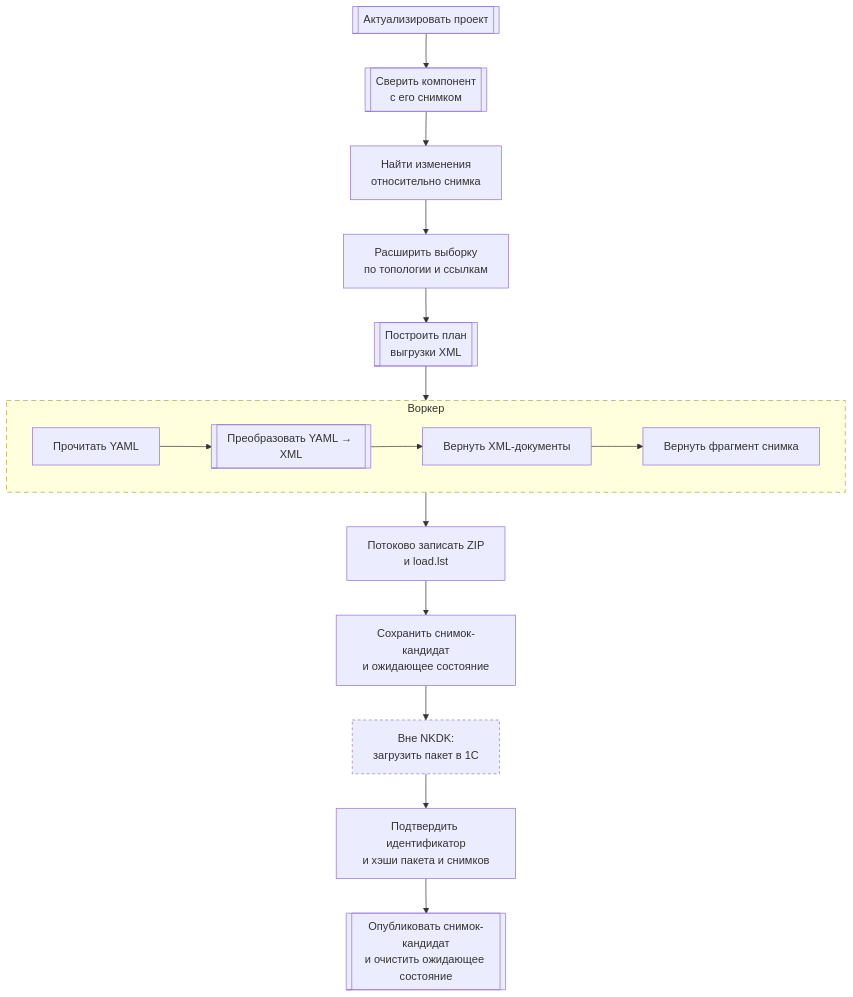
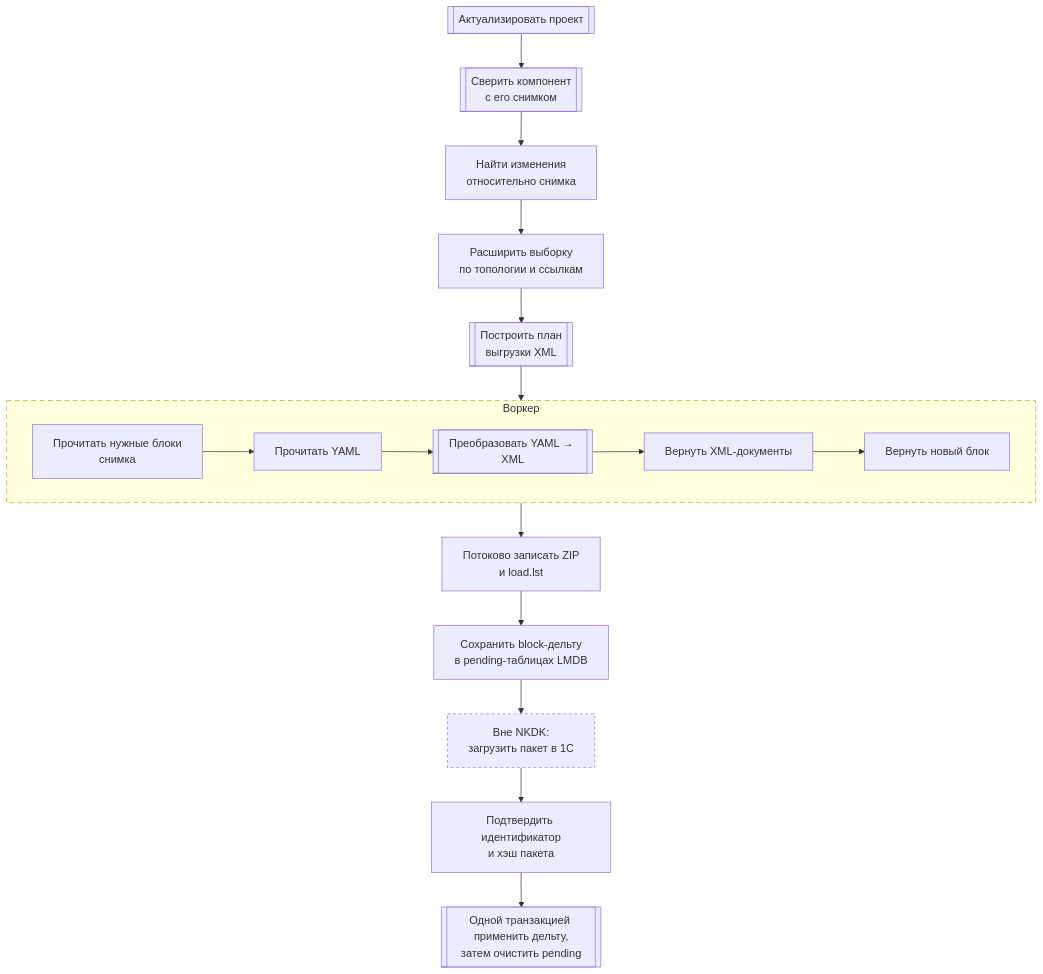
Before and after one commit to crimsongoldteam/nkdk: the ninth of 11 diagrams in .agents/architecture.md, drawn with Mermaid. The commit also changed other lines of this file and 1 other file, not shown here.

First line of the commit message:
docs: :memo: описать переход снимка компонента на LMDB

````diff
--- a/.agents/architecture.md
+++ b/.agents/architecture.md
@@ -281,23 +297,23 @@
 ```mermaid
 flowchart TD
   validate[["Актуализировать проект"]]
   target[["Сверить компонент<br/>с его снимком"]]
   changes["Найти изменения<br/>относительно снимка"]
   impact["Расширить выборку<br/>по топологии и ссылкам"]
   plan[["Построить план<br/>выгрузки XML"]]
 
   subgraph partialSyncJob["Воркер"]
     direction LR
-    readYaml["Прочитать YAML"] --> toXml[["Преобразовать YAML → XML"]] --> document["Вернуть XML-документы"] --> fragment["Вернуть фрагмент снимка"]
+    readBlocks["Прочитать нужные блоки<br/>снимка"] --> readYaml["Прочитать YAML"] --> toXml[["Преобразовать YAML → XML"]] --> document["Вернуть XML-документы"] --> fragment["Вернуть новый блок"]
   end
 
   archive["Потоково записать ZIP<br/>и load.lst"]
-  pending["Сохранить снимок-кандидат<br/>и ожидающее состояние"]
+  pending["Сохранить block-дельту<br/>в pending-таблицах LMDB"]
   load["Вне NKDK:<br/>загрузить пакет в 1С"]
-  confirm["Подтвердить идентификатор<br/>и хэши пакета и снимков"]
-  publish[["Опубликовать снимок-кандидат<br/>и очистить ожидающее состояние"]]
+  confirm["Подтвердить идентификатор<br/>и хэш пакета"]
+  publish[["Одной транзакцией применить дельту,<br/>затем очистить pending"]]
 
   validate --> target --> changes --> impact --> plan --> partialSyncJob --> archive --> pending --> load --> confirm --> publish
   style partialSyncJob stroke-dasharray: 7 5
   style load stroke-dasharray: 4 4
 ```
````
